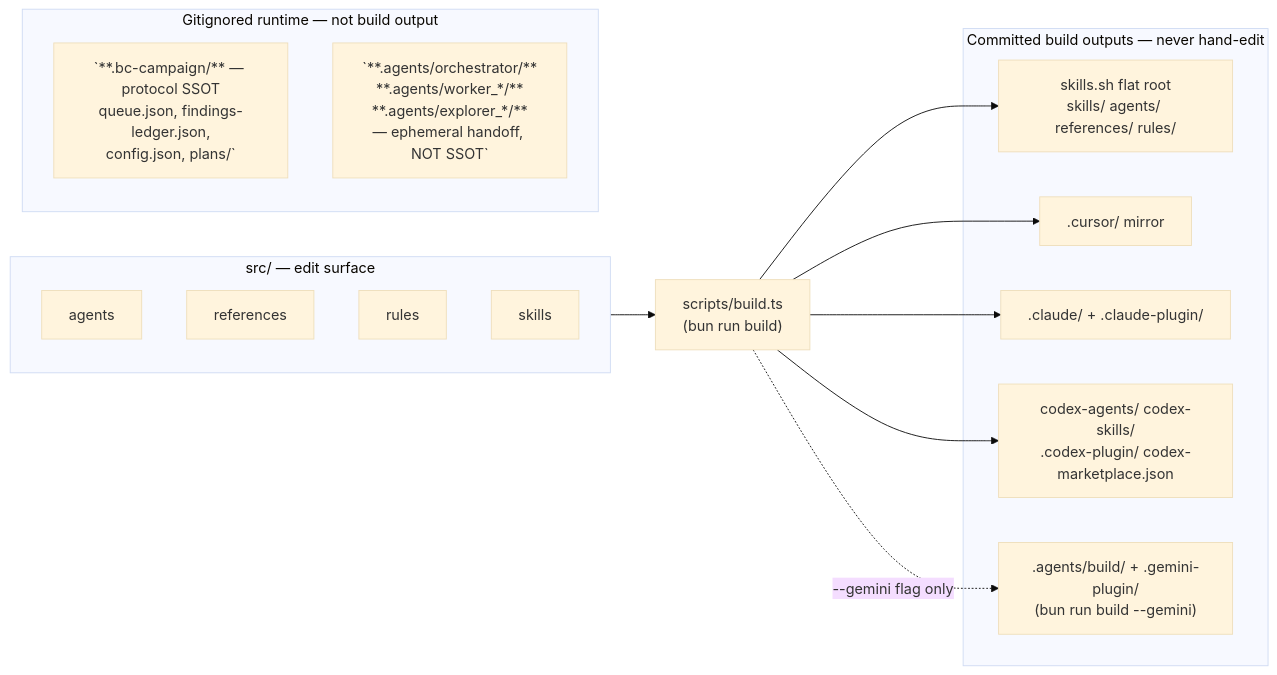
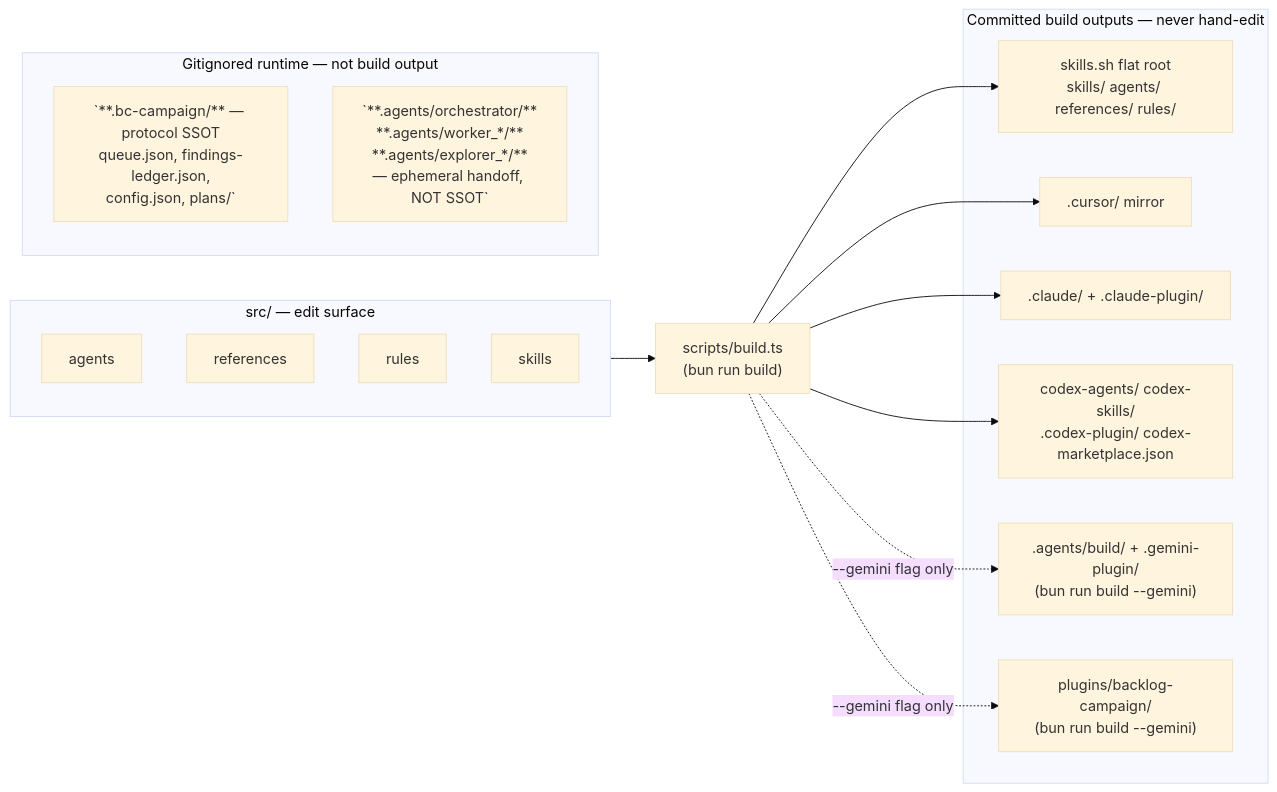
Before and after one commit to CorentinLumineau/blackhole: the diagram in documentation/architecture.md, drawn with Mermaid (base theme). The commit also changed other lines of this file and 40 other files, not shown here.

First line of the commit message:
feat: emit compliant Antigravity plugin bundle at plugins/backlog-campaign/ (#71)

````diff
--- a/documentation/architecture.md
+++ b/documentation/architecture.md
@@ -17,31 +17,33 @@
 ```mermaid
 flowchart LR
     subgraph SRC["src/ — edit surface"]
         A1[agents]
         A2[references]
         A3[rules]
         A4[skills]
     end
 
     BUILD["scripts/build.ts<br/>(bun run build)"]
 
     subgraph OUT["Committed build outputs — never hand-edit"]
         O1[skills.sh flat root<br/>skills/ agents/ references/ rules/]
         O2[.cursor/ mirror]
         O3[.claude/ + .claude-plugin/]
         O4[codex-agents/ codex-skills/<br/>.codex-plugin/ codex-marketplace.json]
         O5[".agents/build/ + .gemini-plugin/<br/>(bun run build --gemini)"]
+        O6["plugins/backlog-campaign/<br/>(bun run build --gemini)"]
     end
 
     SRC --> BUILD --> O1
     BUILD --> O2
     BUILD --> O3
     BUILD --> O4
     BUILD -. "--gemini flag only" .-> O5
+    BUILD -. "--gemini flag only" .-> O6
 
     subgraph RUNTIME["Gitignored runtime — not build output"]
         direction TB
         R1[`**.bc-campaign/** — protocol SSOT<br/>queue.json, findings-ledger.json,<br/>config.json, plans/`]
         R2[`**.agents/orchestrator/**<br/>**.agents/worker_*/**<br/>**.agents/explorer_*/**<br/>— ephemeral handoff, NOT SSOT`]
     end
 ```
````
